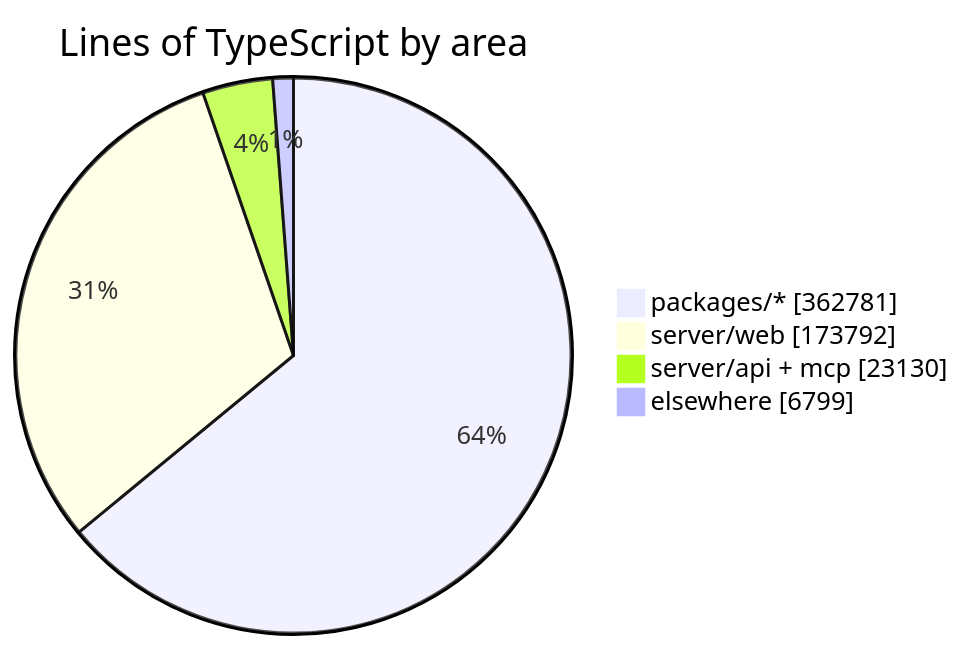
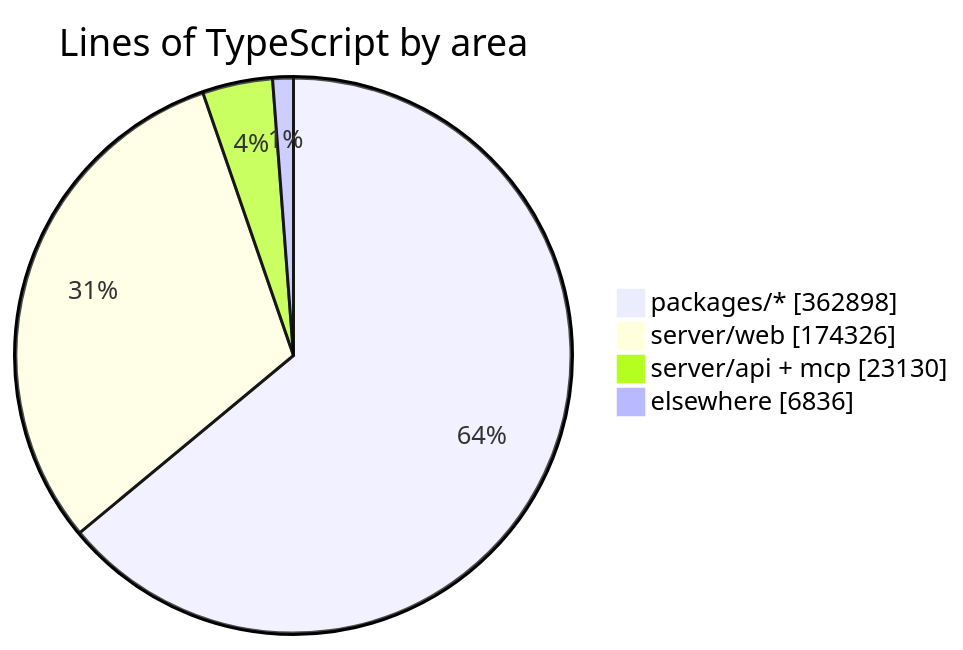
Before and after one commit to crossworks-engineering/mantle: the diagram in README.md, drawn with Mermaid. The commit also changed other lines of this file and 2 other files, not shown here.

````diff
--- a/README.md
+++ b/README.md
@@ -294,7 +294,7 @@
 ```mermaid
 pie showData title Lines of TypeScript by area
-    "packages/*" : 362781
-    "server/web" : 173792
+    "packages/*" : 362898
+    "server/web" : 174326
     "server/api + mcp" : 23130
-    "elsewhere" : 6799
+    "elsewhere" : 6836
 ```
````
